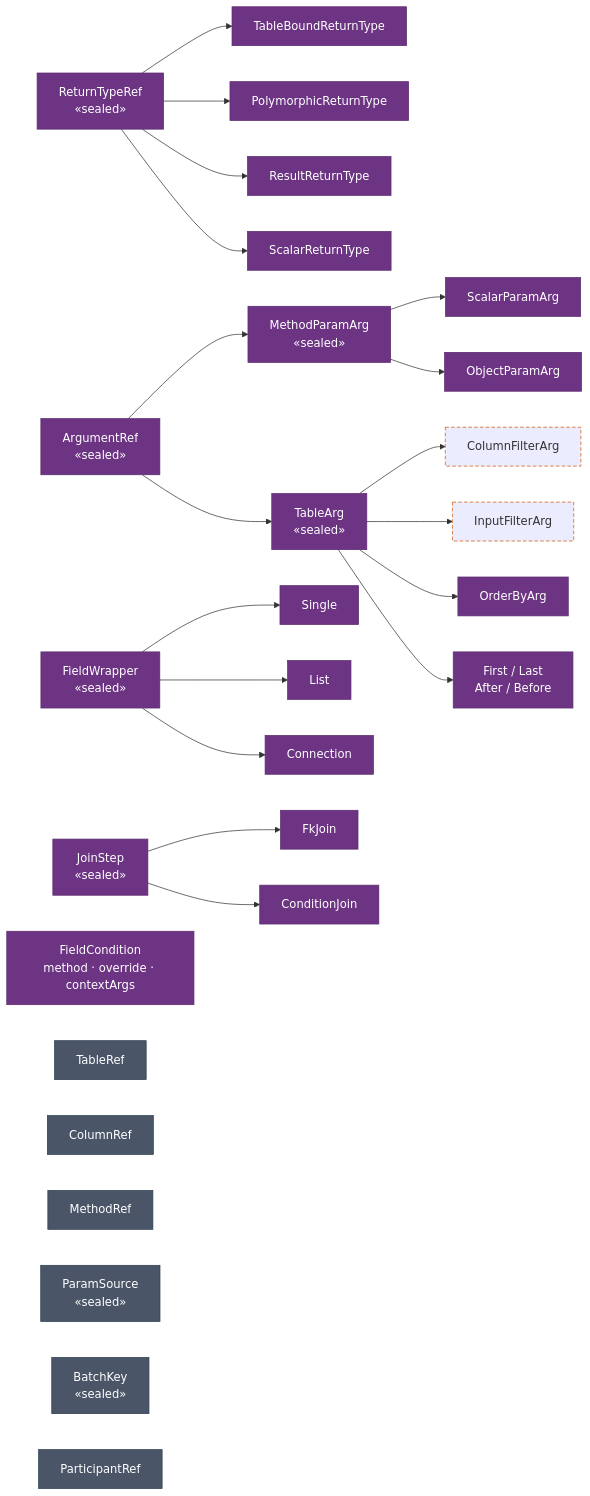
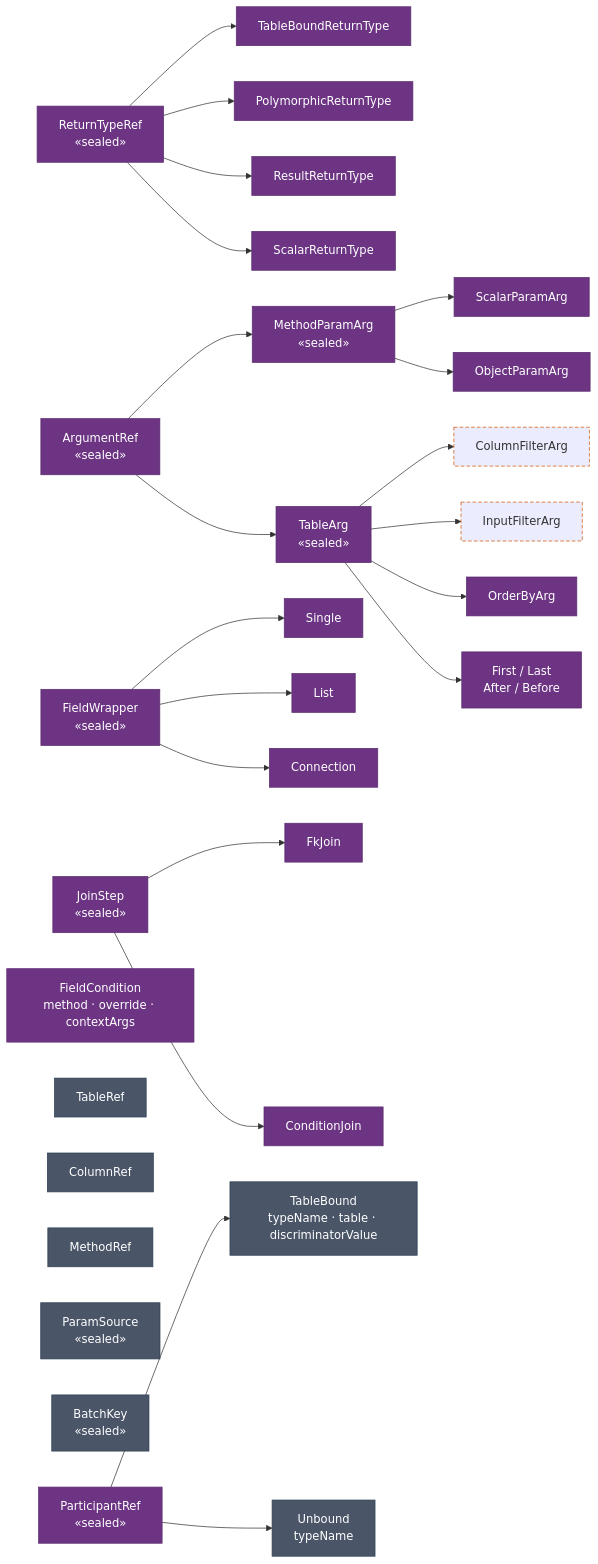
One commit to sikt-no/graphitron changed the fourth of 4 diagrams in docs/rewrite-model.md. Above: the diagram before and after it, drawn with Mermaid. The commit also changed other lines of this file and 7 other files, not shown here.

First line of the commit message:
rewrite: Step 0 — ParticipantRef sealed hierarchy + @index test

````diff
--- a/docs/rewrite-model.md
+++ b/docs/rewrite-model.md
@@ -140,40 +140,42 @@
 ```mermaid
 graph LR
     classDef sup fill:#6C3483,stroke:#5B2C6F,color:#fff
     classDef val fill:#4A5568,stroke:#2C3E50,color:#fff
     classDef gap stroke:#D35400,stroke-dasharray:5 3
 
     RTR["ReturnTypeRef\n«sealed»"]:::sup
     RTR --> TBRT["TableBoundReturnType"]:::sup
     RTR --> PolRT["PolymorphicReturnType"]:::sup
     RTR --> ResRTR["ResultReturnType"]:::sup
     RTR --> ScRTR["ScalarReturnType"]:::sup
 
     AR["ArgumentRef\n«sealed»"]:::sup
     AR --> MPA["MethodParamArg\n«sealed»"]:::sup
     MPA --> SPA["ScalarParamArg"]:::sup
     MPA --> OPA["ObjectParamArg"]:::sup
     AR --> TA["TableArg\n«sealed»"]:::sup
     TA --> CFA["ColumnFilterArg"]:::gap
     TA --> IFA["InputFilterArg"]:::gap
     TA --> OBA["OrderByArg"]:::sup
     TA --> PagA["First / Last\nAfter / Before"]:::sup
 
     FW["FieldWrapper\n«sealed»"]:::sup
     FW --> SFW["Single"]:::sup
     FW --> LFW["List"]:::sup
     FW --> CFW["Connection"]:::sup
 
     JS["JoinStep\n«sealed»"]:::sup
     JS --> FKJ["FkJoin"]:::sup
     JS --> CJ["ConditionJoin"]:::sup
 
     FC["FieldCondition\nmethod · override · contextArgs"]:::sup
 
     TR["TableRef"]:::val
     CR["ColumnRef"]:::val
     MR["MethodRef"]:::val
     PS["ParamSource\n«sealed»"]:::val
     SR["BatchKey\n«sealed»"]:::val
-    PR["ParticipantRef"]:::val
+    PR["ParticipantRef\n«sealed»"]:::sup
+    PR --> PRB["TableBound\ntypeName · table · discriminatorValue"]:::val
+    PR --> PRU["Unbound\ntypeName"]:::val
 ```
````
